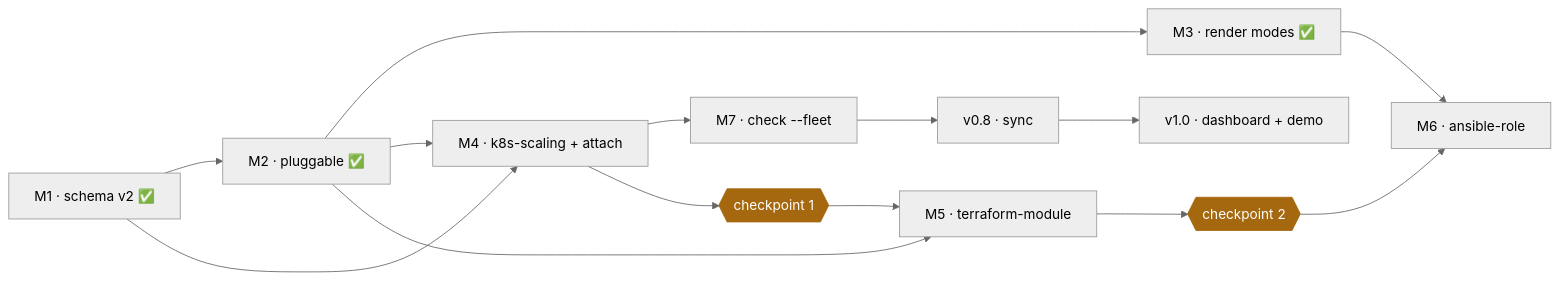
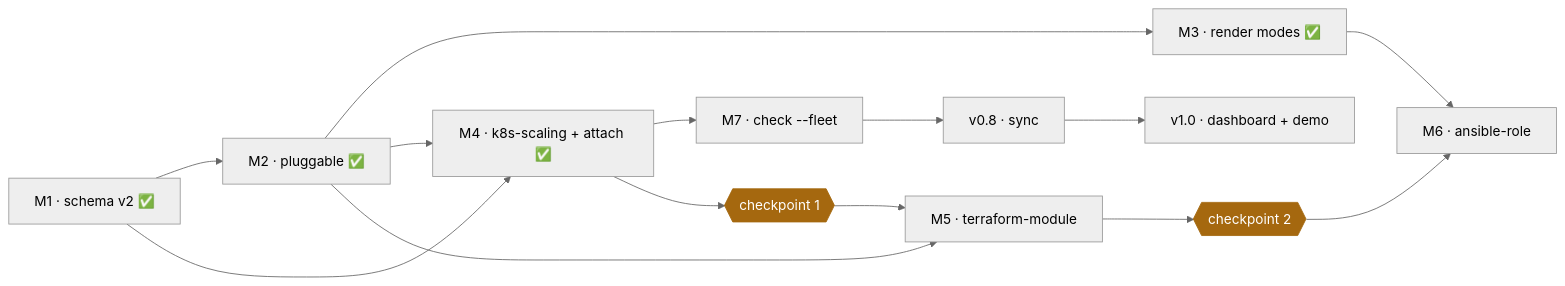
Before and after one commit to sameeralam3127/ansari: the diagram in docs/roadmap.md, drawn with Mermaid (neutral theme). The commit also changed other lines of this file and 20 other files, not shown here.

First line of the commit message:
Attach templates to existing repos, and add k8s-scaling (#29)

````diff
--- a/docs/roadmap.md
+++ b/docs/roadmap.md
@@ -23,19 +23,19 @@
 ```mermaid
 flowchart LR
     M1[M1 · schema v2 ✅] --> M2[M2 · pluggable ✅]
     M2 --> M3[M3 · render modes ✅]
-    M1 --> M4[M4 · k8s-scaling + attach]
+    M1 --> M4[M4 · k8s-scaling + attach ✅]
     M2 --> M4
     M2 --> M5[M5 · terraform-module]
     M3 --> M6[M6 · ansible-role]
     M4 --> M7[M7 · check --fleet]
     M7 --> S[v0.8 · sync]
     S --> D[v1.0 · dashboard + demo]
 
     CP1{{checkpoint 1}}:::cp
     CP2{{checkpoint 2}}:::cp
     M4 --> CP1 --> M5
     M5 --> CP2 --> M6
 
     classDef cp fill:#a5680f,stroke:#a5680f,color:#fff
 ```
````
